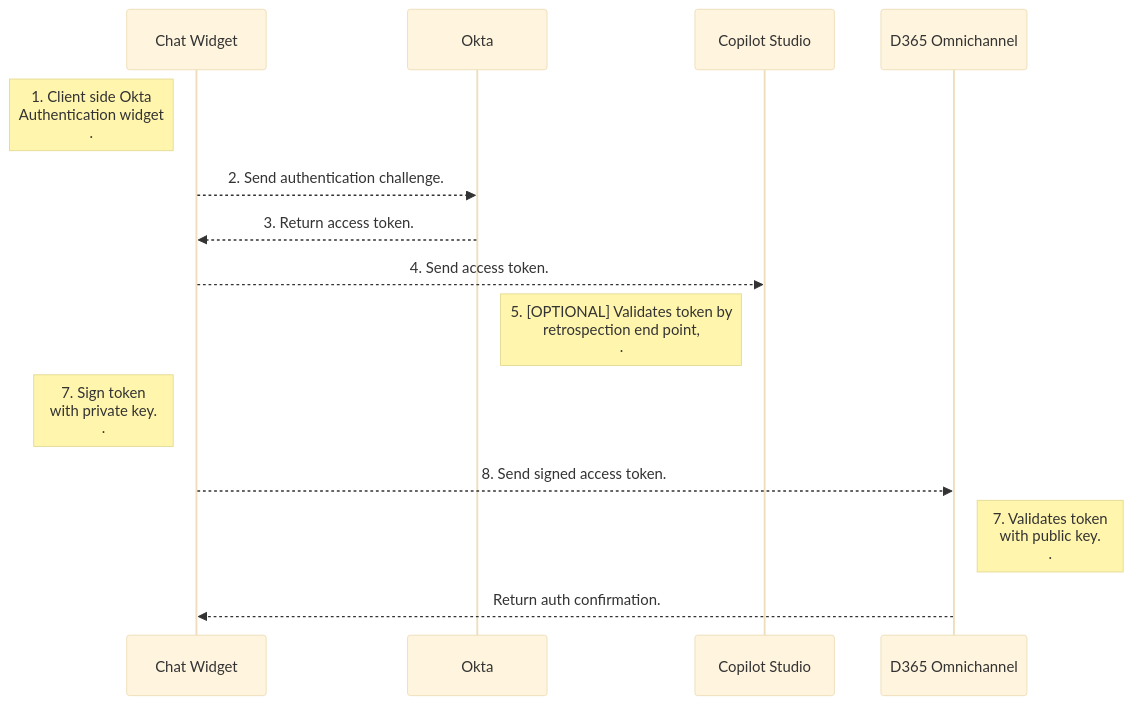
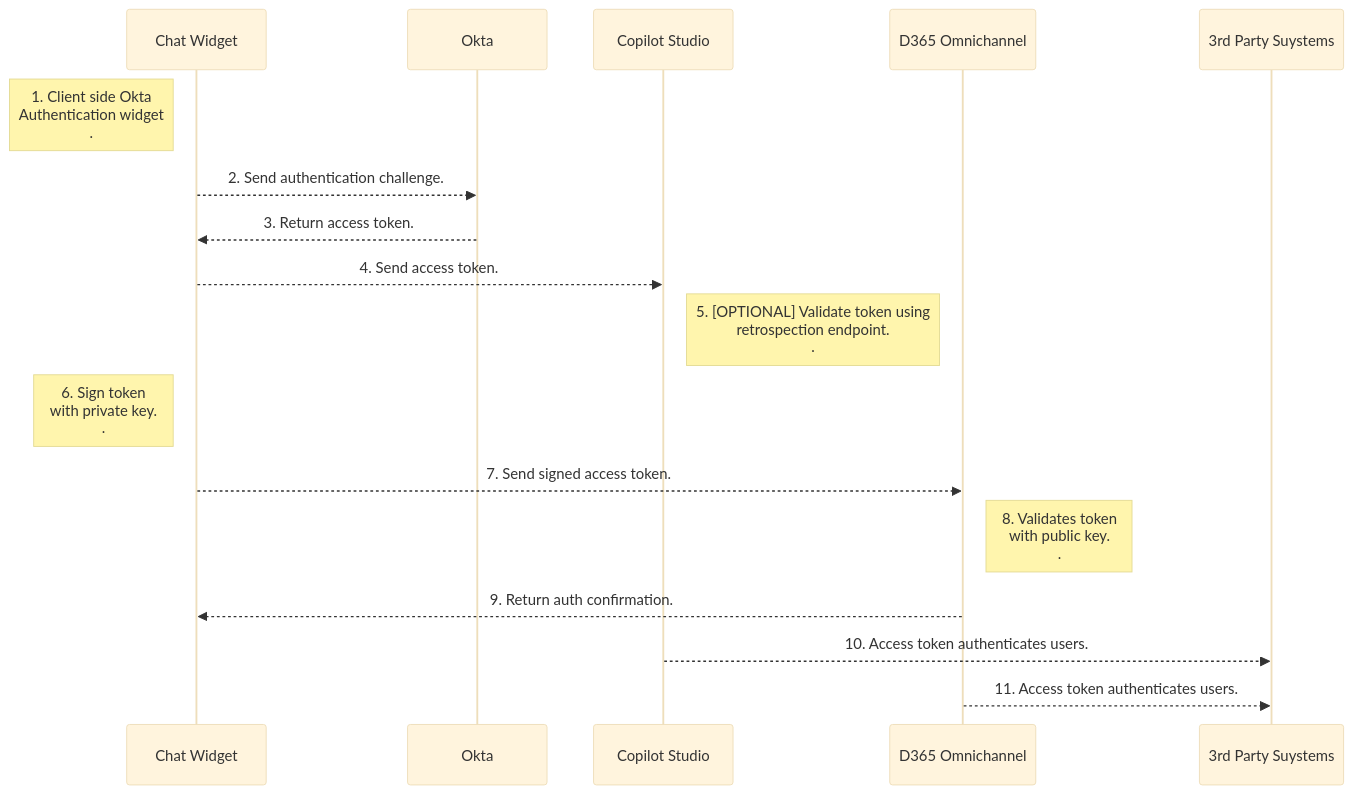
The diagram in SSOSamples/3rdPartySSOWithOKTA - Copilot+D365OC/README.md (microsoft/CopilotStudioSamples), drawn with Mermaid (base theme) before and after one commit.

Commit message:
3rdPartySSOWithOKTA - Copilot+D365OC

````diff
--- a/SSOSamples/3rdPartySSOWithOKTA - Copilot+D365OC/README.md
+++ b/SSOSamples/3rdPartySSOWithOKTA - Copilot+D365OC/README.md
@@ -9,13 +9,14 @@
 ```mermaid
 sequenceDiagram
 Note left of Chat Widget: 1. Client side Okta <br/>Authentication widget <br/>.
 Chat Widget -->> Okta: 2. Send authentication challenge.
 Okta-->> Chat Widget: 3. Return access token.
 Chat Widget -->> Copilot Studio: 4. Send access token.
-Note left of Copilot Studio: 5. [OPTIONAL] Validates token by<br/> retrospection end point, <br/>.
-Note left of Chat Widget: 7. Sign token <br/>with private key. <br/>.
-Chat Widget -->> D365 Omnichannel: 8. Send signed access token.
-Note right of D365 Omnichannel: 7. Validates token <br/>with public key. <br/>.
-D365 Omnichannel -->> Chat Widget : Return auth confirmation.
-
+Note right of Copilot Studio: 5. [OPTIONAL] Validate token using <br/>retrospection endpoint. <br/>.
+Note left of Chat Widget: 6. Sign token <br/>with private key. <br/>.
+Chat Widget -->> D365 Omnichannel: 7. Send signed access token.
+Note right of D365 Omnichannel: 8. Validates token <br/>with public key. <br/>.
+D365 Omnichannel -->> Chat Widget: 9. Return auth confirmation.
+Copilot Studio -->> 3rd Party Suystems: 10. Access token authenticates users.
+D365 Omnichannel -->> 3rd Party Suystems: 11. Access token authenticates users.
 ```
````
